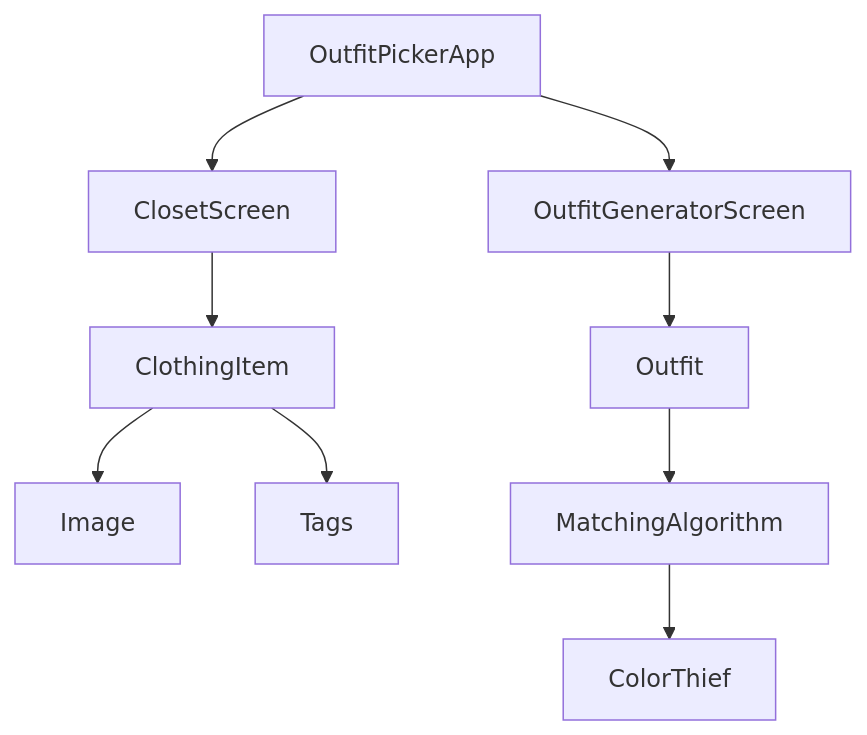
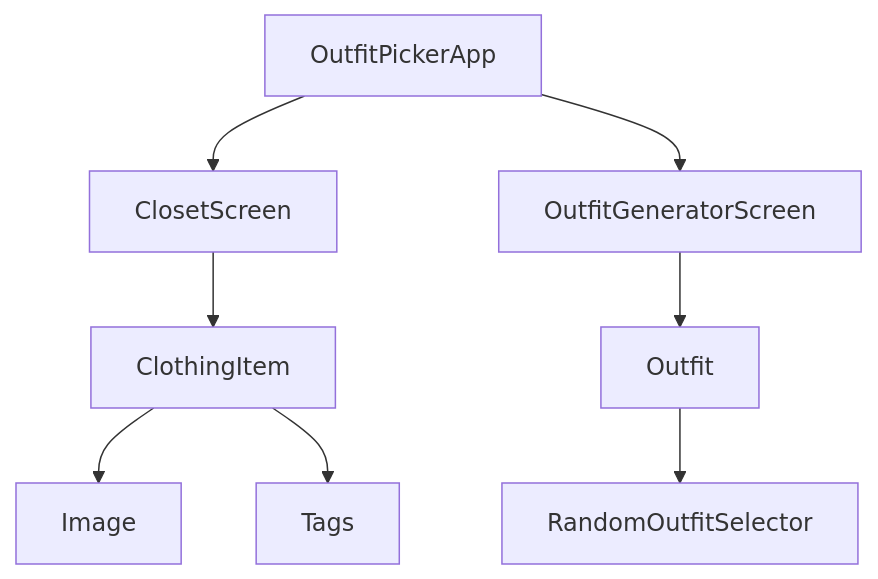
One commit to NNewbauer/3300OutfitPicker changed the second of 3 diagrams in README.md. Above: the diagram before and after it, drawn with Mermaid. The commit also changed other lines of this file, not shown here.

````diff
--- a/README.md
+++ b/README.md
@@ -96,11 +94,10 @@
 ```mermaid
 flowchart TD
     OutfitPickerApp --> ClosetScreen
     OutfitPickerApp --> OutfitGeneratorScreen
     ClosetScreen --> ClothingItem
     OutfitGeneratorScreen --> Outfit
     ClothingItem --> Image
     ClothingItem --> Tags
-    Outfit --> MatchingAlgorithm
-    MatchingAlgorithm --> ColorThief
+    Outfit --> RandomOutfitSelector
 ```
````
